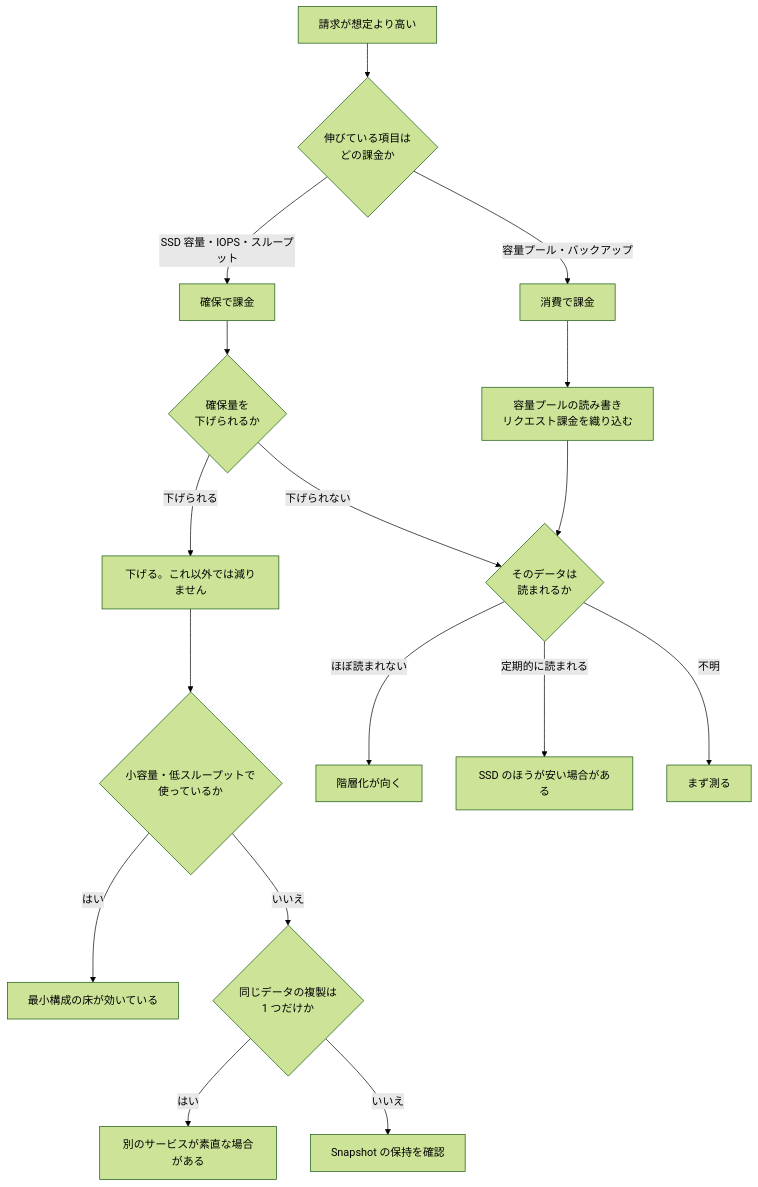
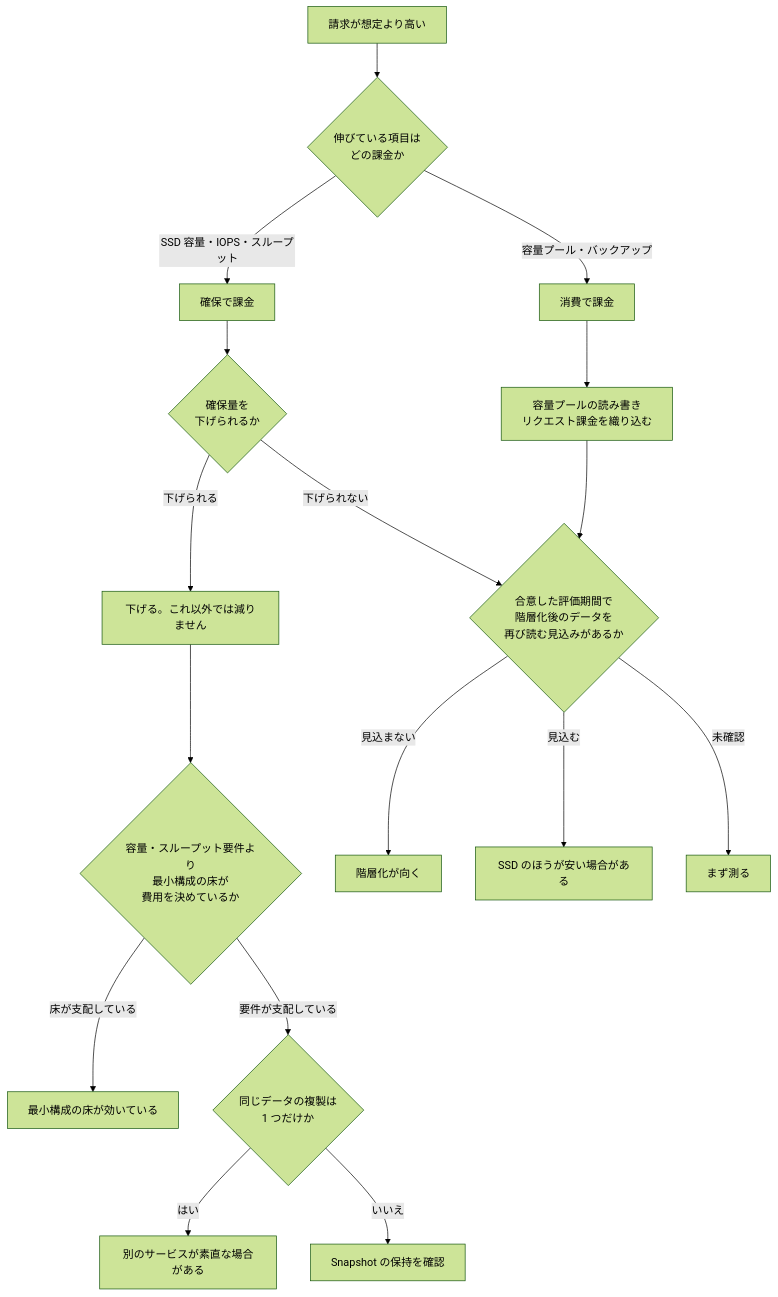
Before and after one commit to Yoshiki0705/FSx-for-ONTAP-Adoption-Playbook: the diagram in docs/ja/reference/decision-trees/cost-higher-than-expected.md, drawn with Mermaid (forest theme). The commit also changed other lines of this file and 9 other files, not shown here.

````diff
--- a/docs/ja/reference/decision-trees/cost-higher-than-expected.md
+++ b/docs/ja/reference/decision-trees/cost-higher-than-expected.md
@@ -56,19 +56,19 @@
 ```mermaid
 graph TD
     A[請求が想定より高い] --> B{伸びている項目は<br/>どの課金か}
     B -->|SSD 容量・IOPS・スループット| P[確保で課金]
     B -->|容量プール・バックアップ| C[消費で課金]
     P --> P1{確保量を<br/>下げられるか}
     P1 -->|下げられる| DOWN[下げる。これ以外では減りません]
     P1 -->|下げられない| ACC
     C --> REQ[容量プールの読み書き<br/>リクエスト課金を織り込む]
-    REQ --> ACC{そのデータは<br/>読まれるか}
-    ACC -->|ほぼ読まれない| TIER[階層化が向く]
-    ACC -->|定期的に読まれる| STAY[SSD のほうが安い場合がある]
-    ACC -->|不明| MEASURE[まず測る]
-    DOWN --> FLOOR{小容量・低スループットで<br/>使っているか}
-    FLOOR -->|はい| MIN[最小構成の床が効いている]
-    FLOOR -->|いいえ| COPIES{同じデータの複製は<br/>1 つだけか}
+    REQ --> ACC{合意した評価期間で<br/>階層化後のデータを<br/>再び読む見込みがあるか}
+    ACC -->|見込まない| TIER[階層化が向く]
+    ACC -->|見込む| STAY[SSD のほうが安い場合がある]
+    ACC -->|未確認| MEASURE[まず測る]
+    DOWN --> FLOOR{容量・スループット要件より<br/>最小構成の床が<br/>費用を決めているか}
+    FLOOR -->|床が支配している| MIN[最小構成の床が効いている]
+    FLOOR -->|要件が支配している| COPIES{同じデータの複製は<br/>1 つだけか}
     COPIES -->|はい| OTHER[別のサービスが素直な場合がある]
     COPIES -->|いいえ| SNAP[Snapshot の保持を確認]
 ```
````
